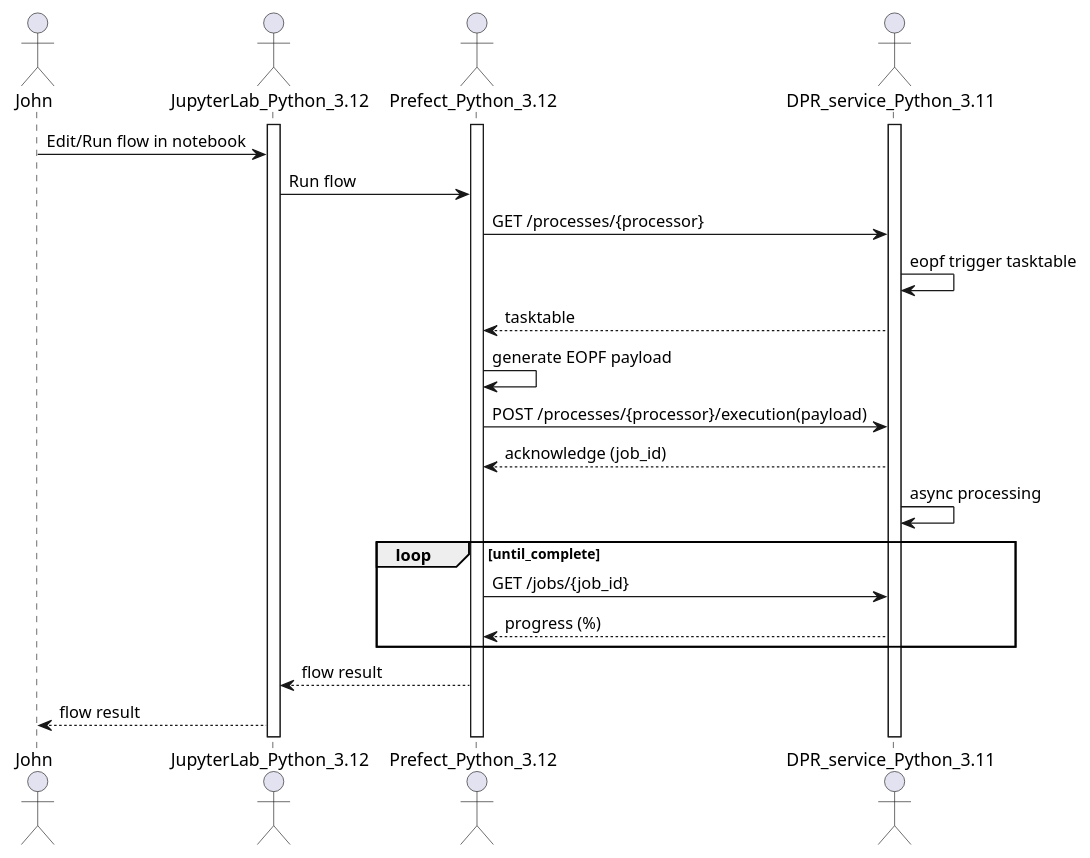
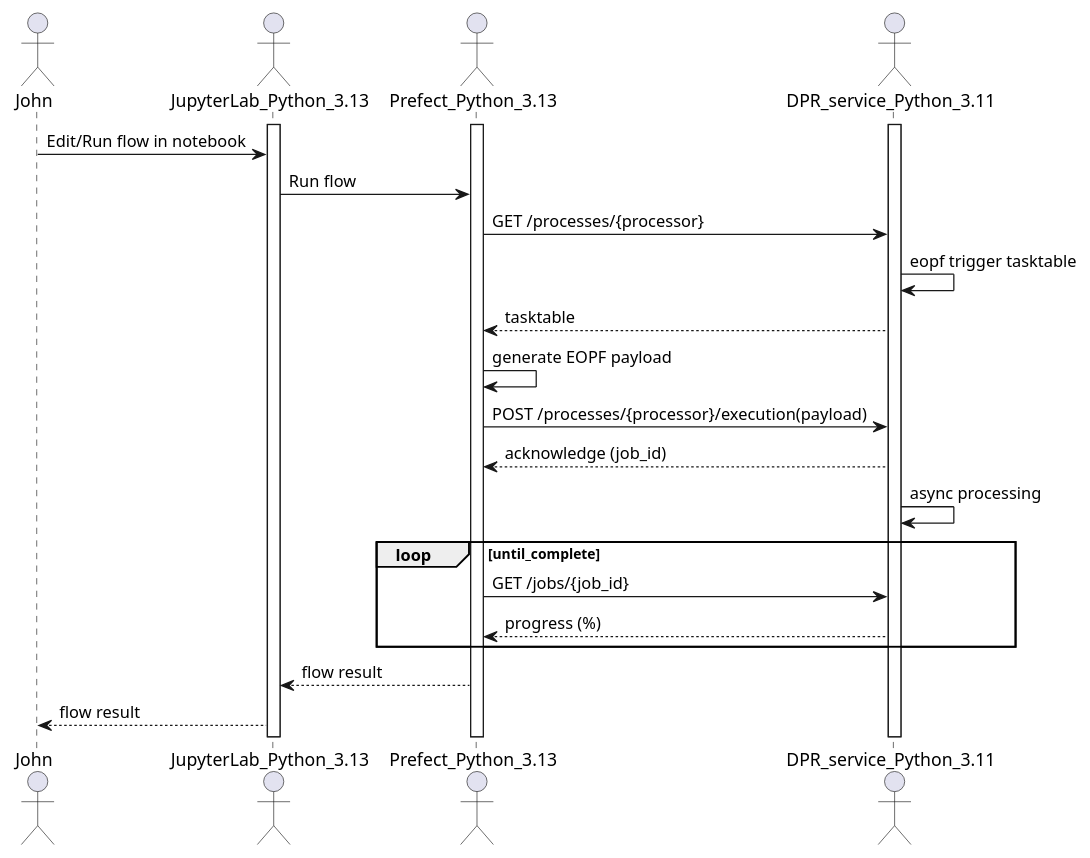
One commit to RS-PYTHON/rs-client-libraries changed the diagram in docs/uml/dpr-as-a-service.plantuml. Above: the diagram before and after it, drawn with PlantUML. The commit also changed 3 other files, not shown here.

```diff
--- a/docs/uml/dpr-as-a-service.plantuml
+++ b/docs/uml/dpr-as-a-service.plantuml
@@ -1,35 +1,35 @@
 @startuml dpr-as-a-service
 
 actor John
 
-actor JupyterLab_Python_3.12 as Jupyter
-actor Prefect_Python_3.12 as Prefect
+actor JupyterLab_Python_3.13 as Jupyter
+actor Prefect_Python_3.13 as Prefect
 actor DPR_service_Python_3.11 as DPR
 
 activate Jupyter
 activate Prefect
 activate DPR
 
 John -> Jupyter: Edit/Run flow in notebook
 
 Jupyter -> Prefect: Run flow
 
 Prefect -> DPR: GET /processes/{processor}
 DPR -> DPR: eopf trigger tasktable
 DPR --> Prefect: tasktable
 
 Prefect -> Prefect: generate EOPF payload
 
 Prefect -> DPR: POST /processes/{processor}/execution(payload)
 DPR --> Prefect: acknowledge (job_id)
 DPR -> DPR: async processing
 
 loop until_complete
   Prefect -> DPR: GET /jobs/{job_id}
   DPR --> Prefect: progress (%)
 end
 
 Prefect --> Jupyter: flow result
 Jupyter --> John: flow result
 
 @enduml
```
